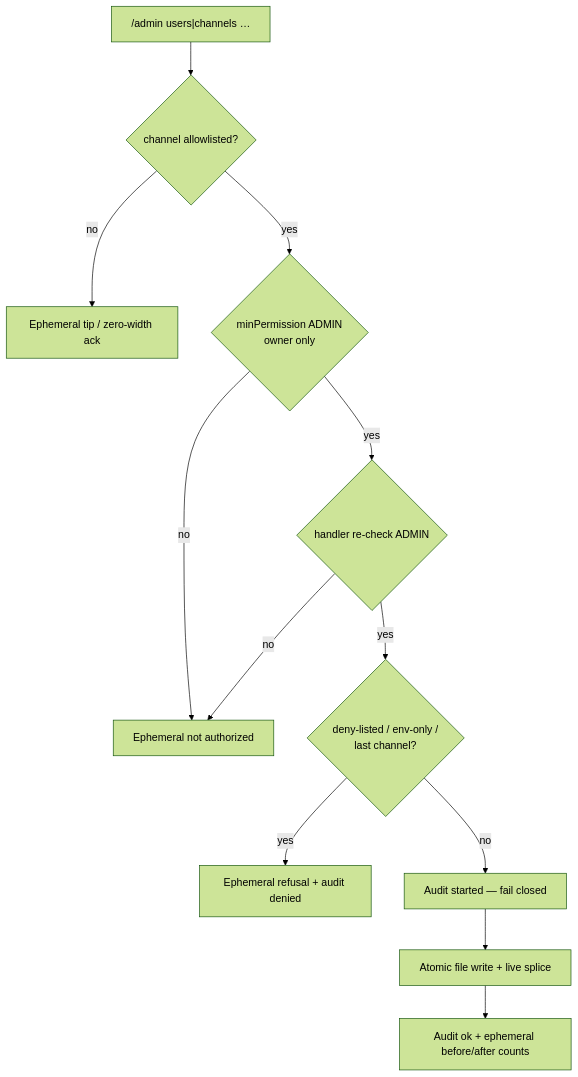
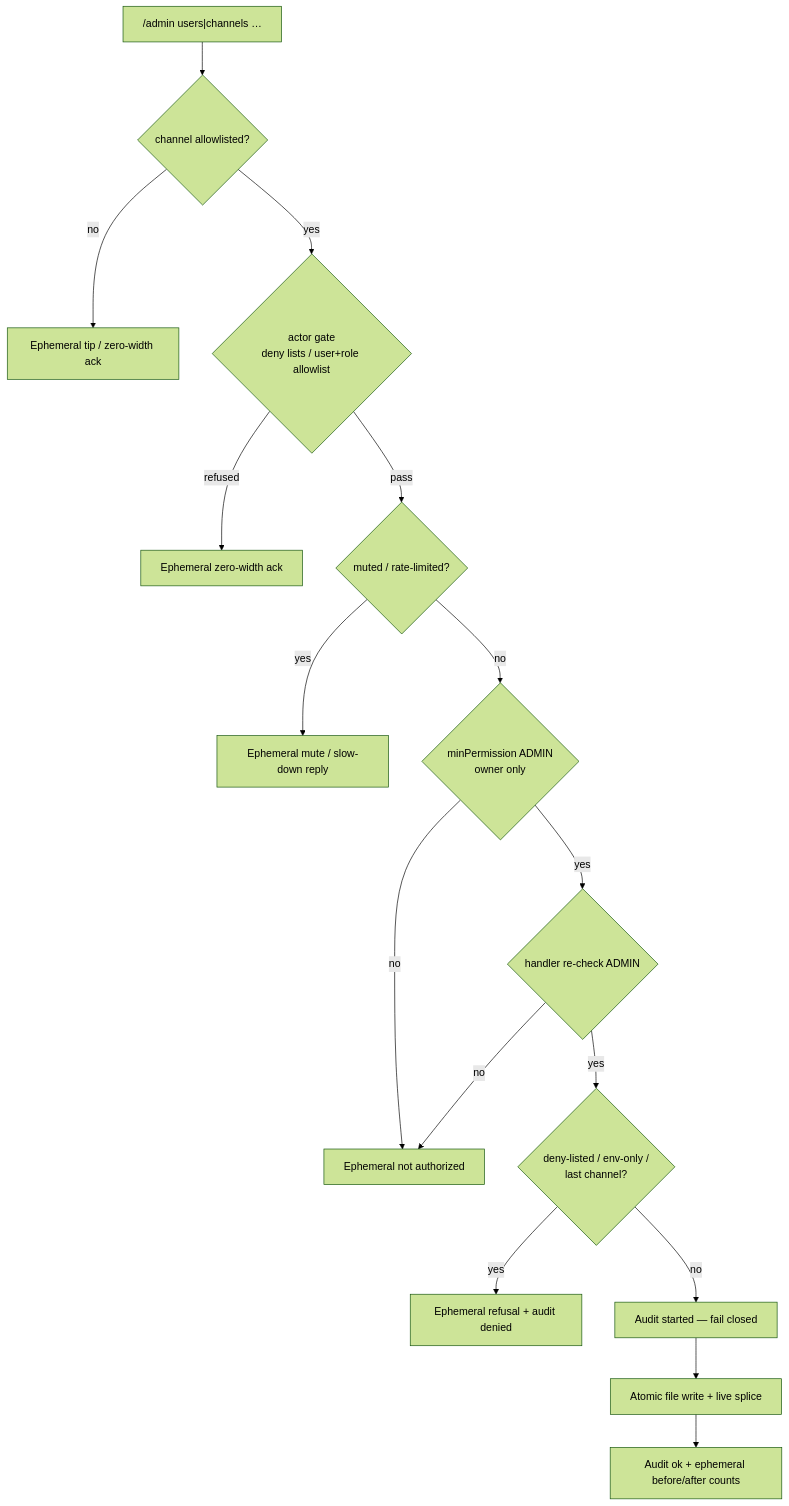
Before and after one commit to CorvidLabs/Corvidinho: the second of 3 diagrams in docs/discord.md, drawn with Mermaid (forest theme). The commit also changed other lines of this file and 19 other files, not shown here.

````diff
--- a/docs/discord.md
+++ b/docs/discord.md
@@ -78,14 +78,18 @@
 ```mermaid
 flowchart TD
   A["/admin users|channels …"] --> B{channel allowlisted?}
   B -->|no| T[Ephemeral tip / zero-width ack]
-  B -->|yes| C{minPermission ADMIN<br/>owner only}
+  B -->|yes| AG{actor gate<br/>deny lists / user+role allowlist}
+  AG -->|refused| Z[Ephemeral zero-width ack]
+  AG -->|pass| MR{muted / rate-limited?}
+  MR -->|yes| M[Ephemeral mute / slow-down reply]
+  MR -->|no| C{minPermission ADMIN<br/>owner only}
   C -->|no| N[Ephemeral not authorized]
   C -->|yes| D{handler re-check ADMIN}
   D -->|no| N
   D -->|yes| E{deny-listed / env-only /<br/>last channel?}
   E -->|yes| R[Ephemeral refusal + audit denied]
   E -->|no| F[Audit started — fail closed]
   F --> G[Atomic file write + live splice]
   G --> H[Audit ok + ephemeral before/after counts]
 ```
````
